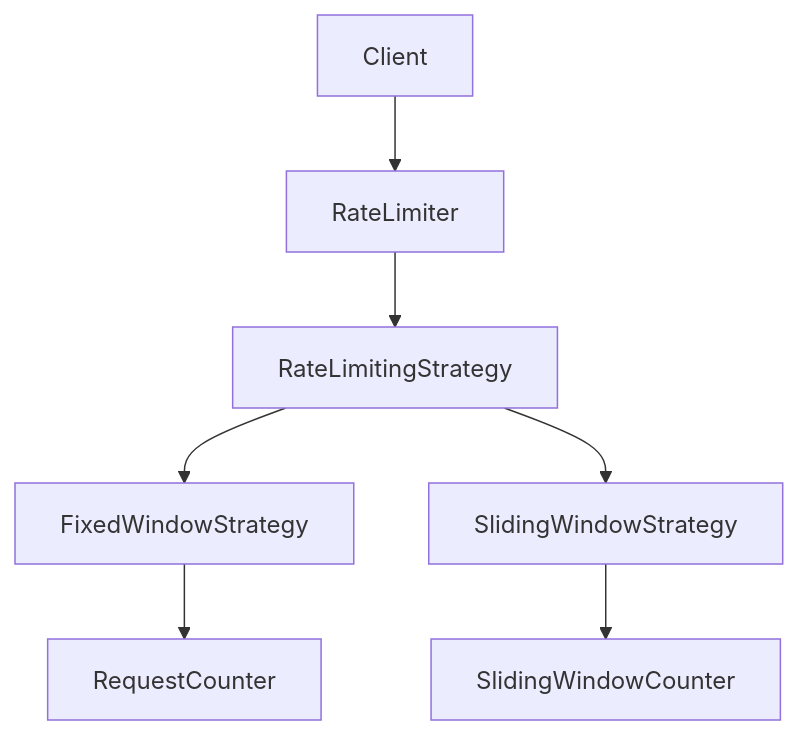
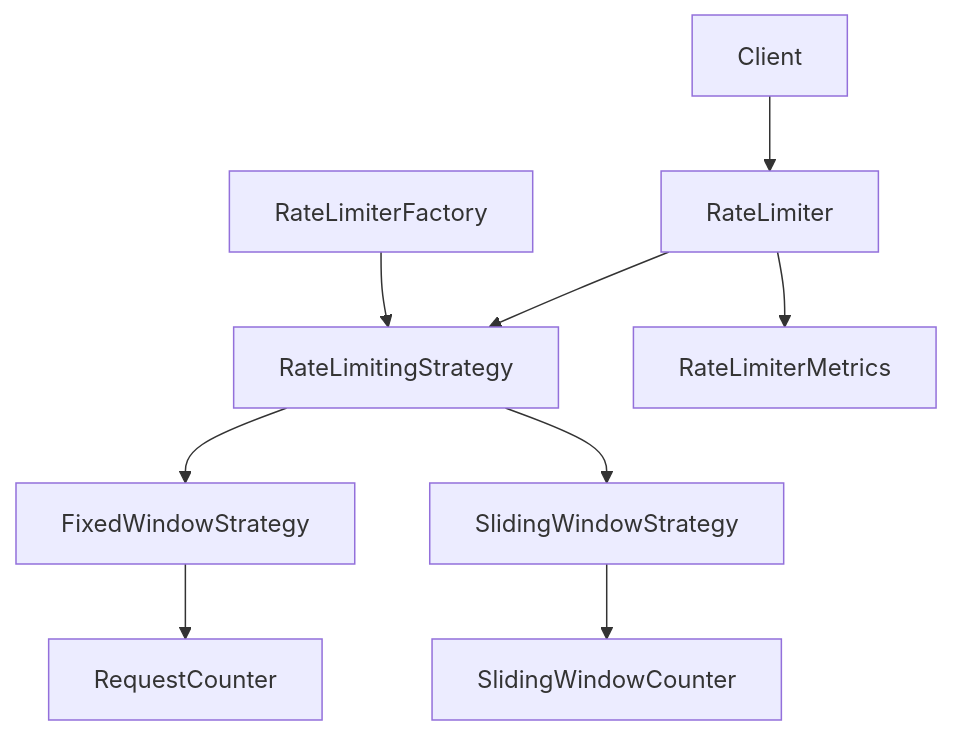
The diagram in Readme.md (vishal2develop/LLDMastery), drawn with Mermaid before and after one commit. The commit also changed other lines of this file and 3 other files, not shown here.

Commit message:
RateLimiter(Phase 4) - Add metrics tracking for allowed and rejected requests, update `RateLimiter` facade, and extend client code for metric reporting

````diff
--- a/Readme.md
+++ b/Readme.md
@@ -309,14 +289,16 @@
 ```mermaid
 flowchart TD
 
     Client --> RateLimiter
 
     RateLimiter --> RateLimitingStrategy
+    RateLimiter --> RateLimiterMetrics
+
+    RateLimiterFactory --> RateLimitingStrategy
 
     RateLimitingStrategy --> FixedWindowStrategy
     RateLimitingStrategy --> SlidingWindowStrategy
 
     FixedWindowStrategy --> RequestCounter
-
     SlidingWindowStrategy --> SlidingWindowCounter
 ```
````
